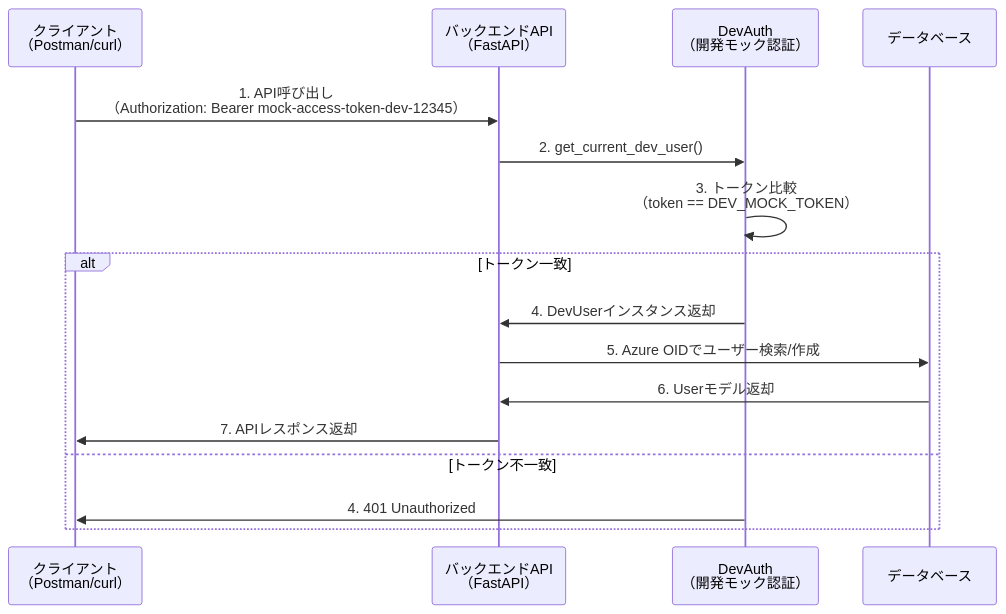
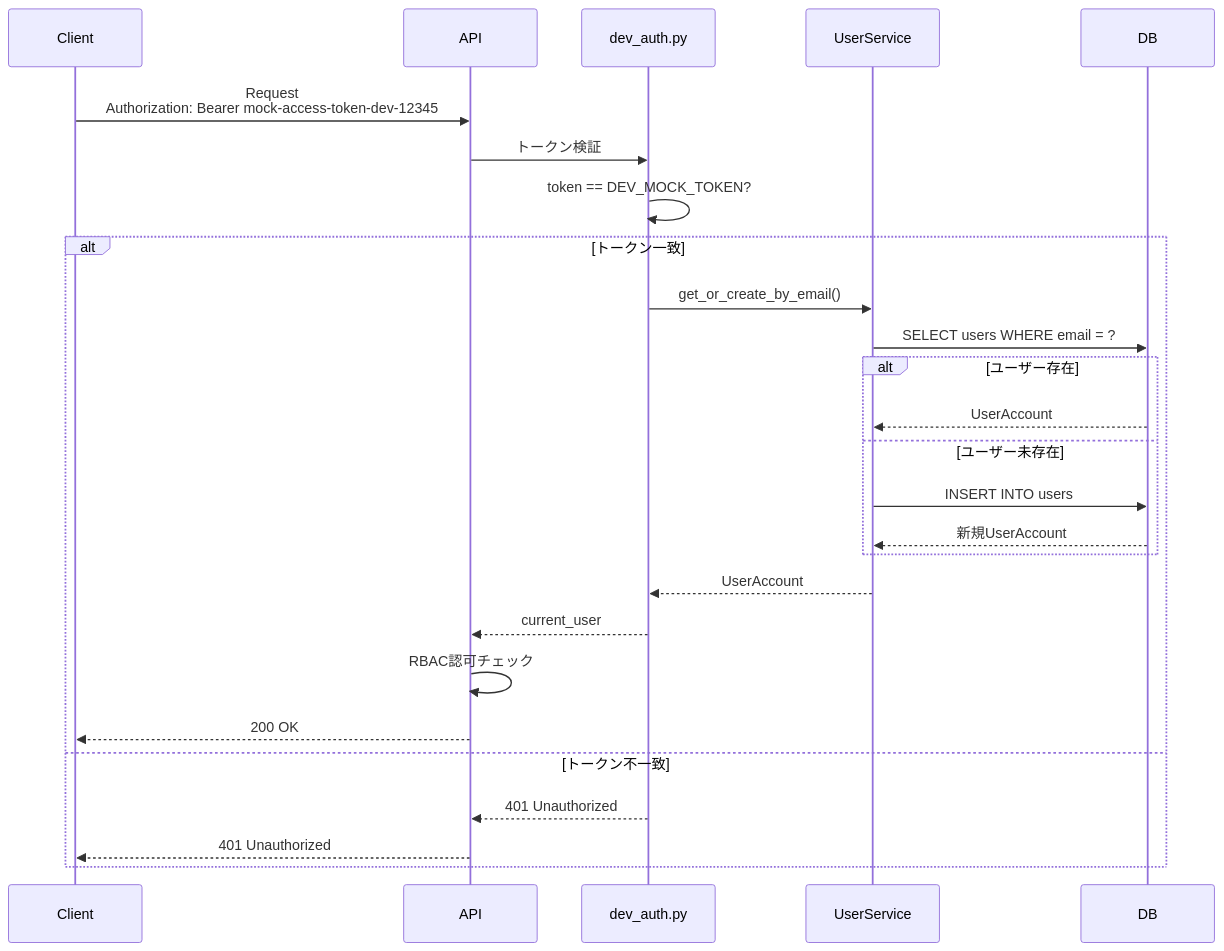
The second of 9 diagrams in docs/specifications/03-security/02-authentication-design.md (nomura-koshiro/genai-app-docs), drawn with Mermaid before and after one commit. The commit also changed other lines of this file and 35 other files, not shown here.

````diff
--- a/docs/specifications/03-security/02-authentication-design.md
+++ b/docs/specifications/03-security/02-authentication-design.md
@@ -329,19 +69,31 @@
 ```mermaid
 sequenceDiagram
-    participant Client as クライアント<br/>（Postman/curl）
-    participant Backend as バックエンドAPI<br/>（FastAPI）
-    participant DevAuth as DevAuth<br/>（開発モック認証）
-    participant DB as データベース
+    participant Client
+    participant API
+    participant DevAuth as dev_auth.py
+    participant UserService
+    participant DB
 
-    Client->>Backend: 1. API呼び出し<br/>（Authorization: Bearer mock-access-token-dev-12345）
-    Backend->>DevAuth: 2. get_current_dev_user()
-    DevAuth->>DevAuth: 3. トークン比較<br/>（token == DEV_MOCK_TOKEN）
+    Client->>API: Request<br/>Authorization: Bearer mock-access-token-dev-12345
+
+    API->>DevAuth: トークン検証
+    DevAuth->>DevAuth: token == DEV_MOCK_TOKEN?
+
     alt トークン一致
-        DevAuth->>Backend: 4. DevUserインスタンス返却
-        Backend->>DB: 5. Azure OIDでユーザー検索/作成
-        DB->>Backend: 6. Userモデル返却
-        Backend->>Client: 7. APIレスポンス返却
+        DevAuth->>UserService: get_or_create_by_email()
+        UserService->>DB: SELECT users WHERE email = ?
+        alt ユーザー存在
+            DB-->>UserService: UserAccount
+        else ユーザー未存在
+            UserService->>DB: INSERT INTO users
+            DB-->>UserService: 新規UserAccount
+        end
+        UserService-->>DevAuth: UserAccount
+        DevAuth-->>API: current_user
+        API->>API: RBAC認可チェック
+        API-->>Client: 200 OK
     else トークン不一致
-        DevAuth->>Client: 4. 401 Unauthorized
+        DevAuth-->>API: 401 Unauthorized
+        API-->>Client: 401 Unauthorized
     end
 ```
````
